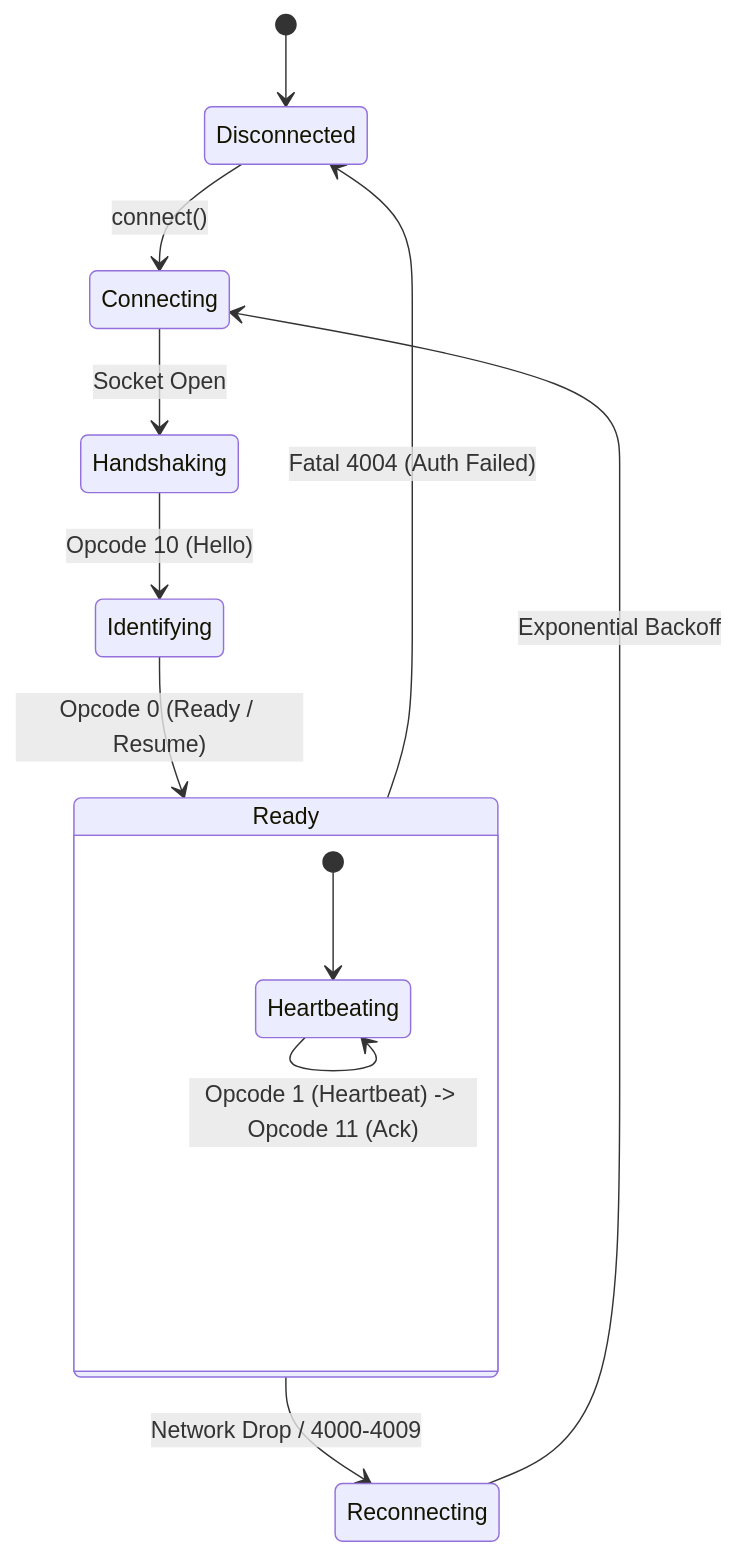
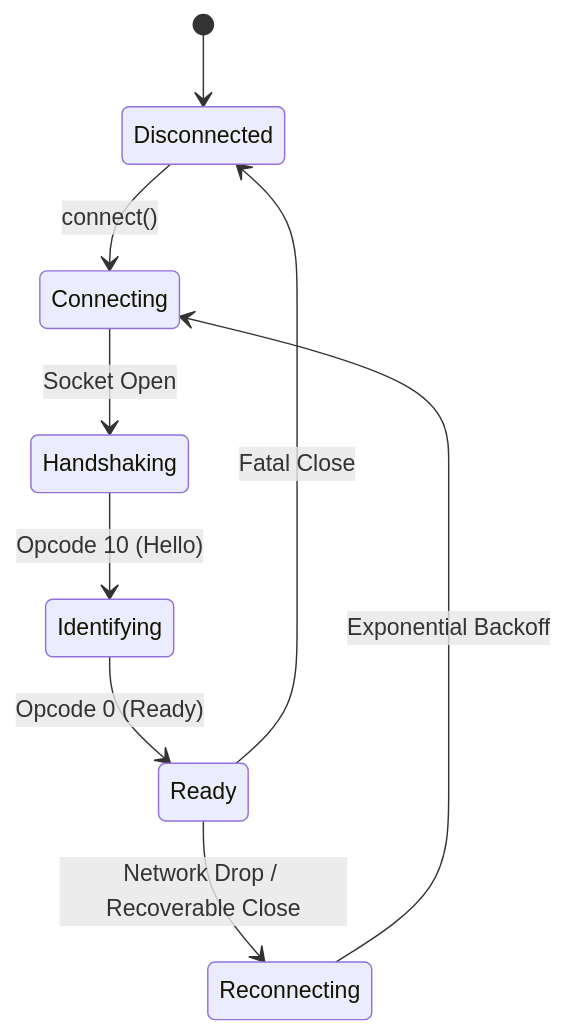
One commit to ekretos/lunibee changed the diagram in lunibee.js.org/src/content/docs/core-concepts/gateway.md. Above: the diagram before and after it, drawn with Mermaid. The commit also changed other lines of this file, not shown here.

````diff
--- a/lunibee.js.org/src/content/docs/core-concepts/gateway.md
+++ b/lunibee.js.org/src/content/docs/core-concepts/gateway.md
@@ -12,17 +10,11 @@
 ```mermaid
 stateDiagram-v2
     [*] --> Disconnected
     Disconnected --> Connecting: connect()
     Connecting --> Handshaking: Socket Open
     Handshaking --> Identifying: Opcode 10 (Hello)
-    Identifying --> Ready: Opcode 0 (Ready / Resume)
-    
-    state Ready {
-        [*] --> Heartbeating
-        Heartbeating --> Heartbeating: Opcode 1 (Heartbeat) -> Opcode 11 (Ack)
-    }
-    
-    Ready --> Reconnecting: Network Drop / 4000-4009
-    Ready --> Disconnected: Fatal 4004 (Auth Failed)
+    Identifying --> Ready: Opcode 0 (Ready)
+    Ready --> Reconnecting: Network Drop / Recoverable Close
+    Ready --> Disconnected: Fatal Close
     Reconnecting --> Connecting: Exponential Backoff
 ```
````
